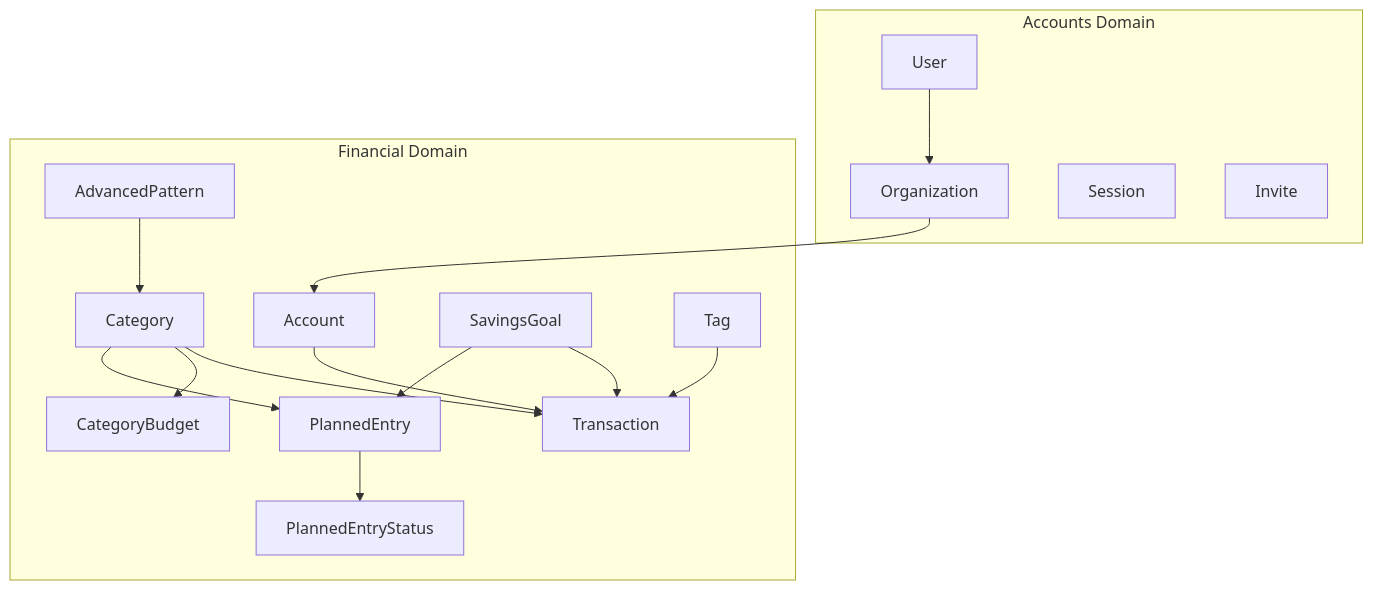
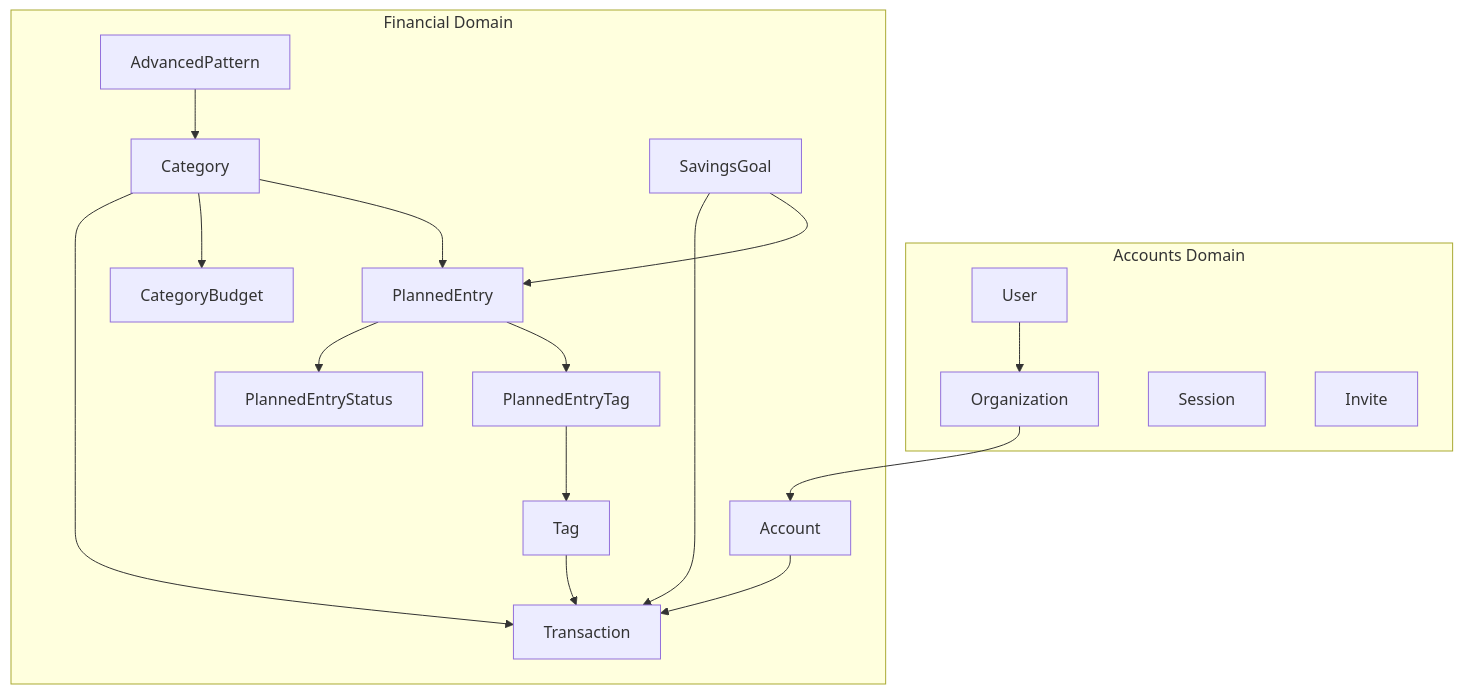
The first of 3 diagrams in docs/domains.md (lucastamoios/celeiro), drawn with Mermaid before and after one commit. The commit also changed other lines of this file and 25 other files, not shown here.

First line of the commit message:
feat: budget pacing and planned entry drag & drop

````diff
--- a/docs/domains.md
+++ b/docs/domains.md
@@ -5,33 +5,37 @@
 ```mermaid
 flowchart TD
     subgraph accounts["Accounts Domain"]
         User
         Organization
         Session
         Invite
     end
 
     subgraph financial["Financial Domain"]
         Account
         Transaction
         Category
         CategoryBudget
-        PlannedEntry
-        PlannedEntryStatus
-        AdvancedPattern
-        SavingsGoal
-        Tag
+         PlannedEntry
+         PlannedEntryStatus
+         PlannedEntryTag
+         AdvancedPattern
+         SavingsGoal
+         Tag
+
     end
 
     User --> Organization
     Organization --> Account
     Account --> Transaction
     Category --> Transaction
     Category --> CategoryBudget
     Category --> PlannedEntry
-    PlannedEntry --> PlannedEntryStatus
-    AdvancedPattern --> Category
-    SavingsGoal --> Transaction
-    SavingsGoal --> PlannedEntry
-    Tag --> Transaction
+     PlannedEntry --> PlannedEntryStatus
+     PlannedEntry --> PlannedEntryTag
+     PlannedEntryTag --> Tag
+     AdvancedPattern --> Category
+     SavingsGoal --> Transaction
+     SavingsGoal --> PlannedEntry
+     Tag --> Transaction
 ```
````
